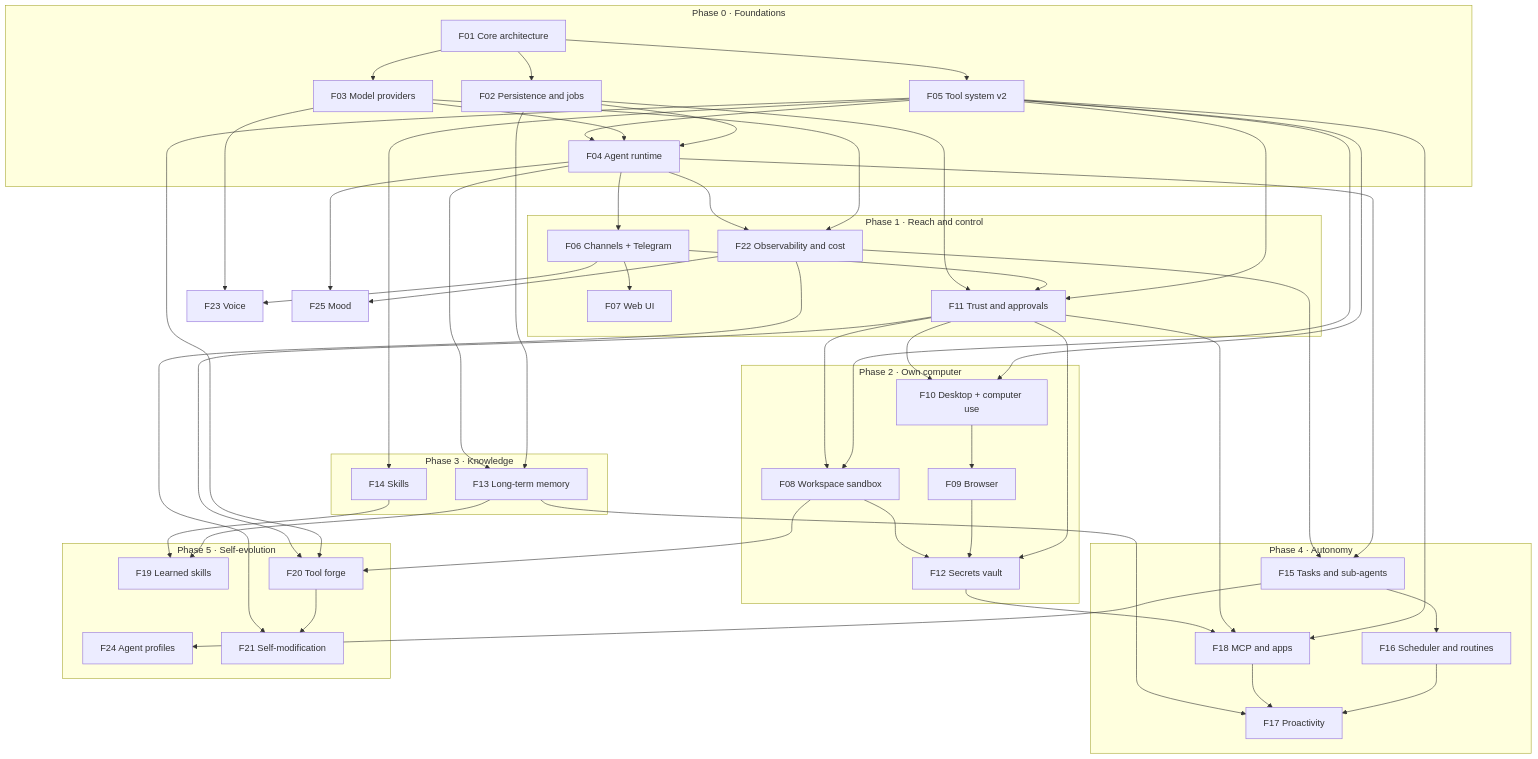
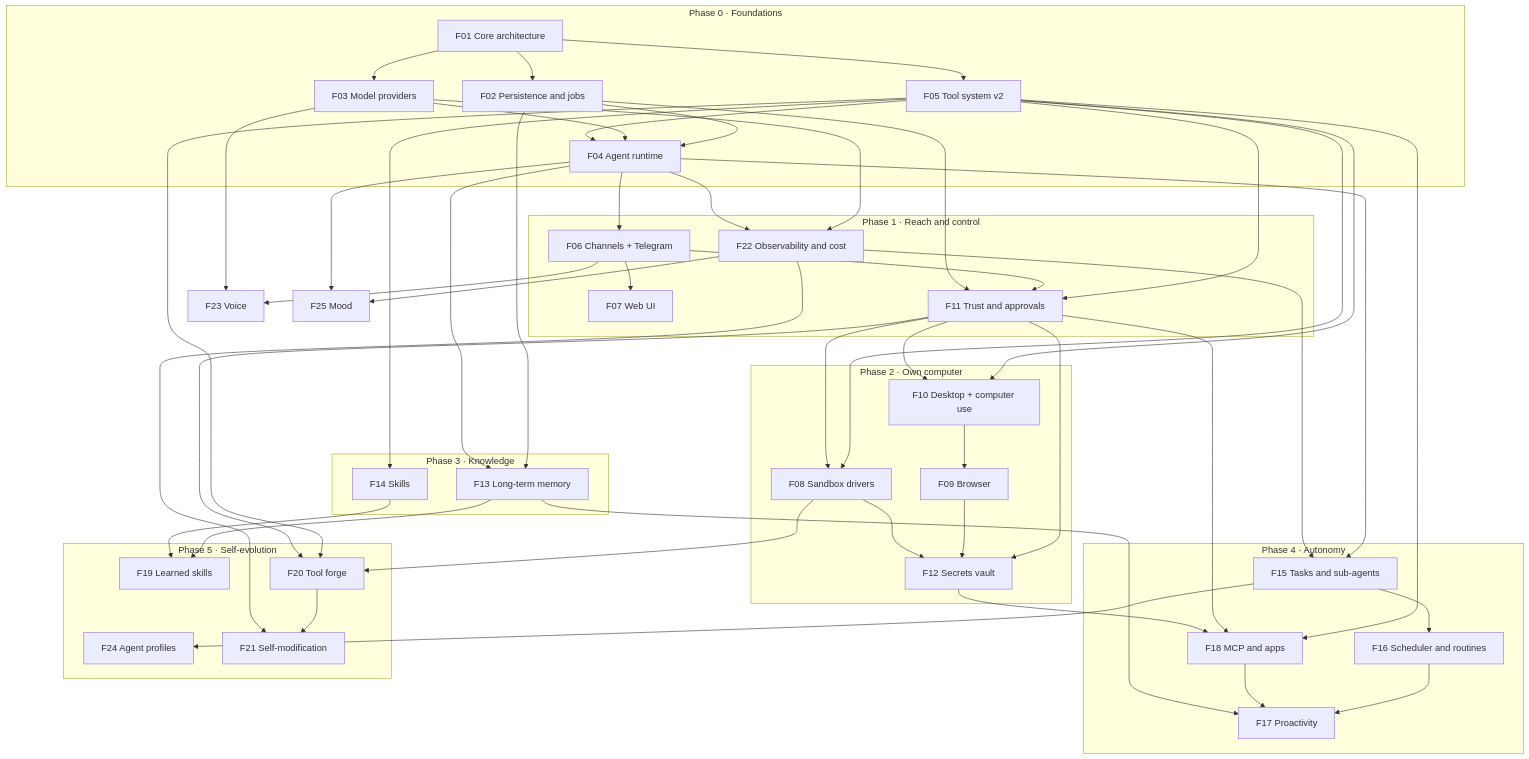
The diagram in docs/03-feature-overview.md (ggiraudon/shitsuji), drawn with Mermaid before and after one commit. The commit also changed other lines of this file and 6 other files, not shown here.

First line of the commit message:
F08: Design sandbox drivers and one sandbox container (W1-W6)

````diff
--- a/docs/03-feature-overview.md
+++ b/docs/03-feature-overview.md
@@ -81,62 +81,62 @@
 ```mermaid
 flowchart TD
   subgraph P0[Phase 0 · Foundations]
     F01[F01 Core architecture]
     F02[F02 Persistence and jobs]
     F03[F03 Model providers]
     F05[F05 Tool system v2]
     F04[F04 Agent runtime]
   end
   subgraph P1[Phase 1 · Reach and control]
     F06[F06 Channels + Telegram]
     F07[F07 Web UI]
     F22[F22 Observability and cost]
     F11[F11 Trust and approvals]
   end
   subgraph P2[Phase 2 · Own computer]
-    F08[F08 Workspace sandbox]
+    F08[F08 Sandbox drivers]
     F10[F10 Desktop + computer use]
     F09[F09 Browser]
     F12[F12 Secrets vault]
   end
   subgraph P3[Phase 3 · Knowledge]
     F13[F13 Long-term memory]
     F14[F14 Skills]
   end
   subgraph P4[Phase 4 · Autonomy]
     F15[F15 Tasks and sub-agents]
     F16[F16 Scheduler and routines]
     F18[F18 MCP and apps]
     F17[F17 Proactivity]
   end
   subgraph P5[Phase 5 · Self-evolution]
     F19[F19 Learned skills]
     F20[F20 Tool forge]
     F24[F24 Agent profiles]
     F21[F21 Self-modification]
   end
   F23[F23 Voice]
   F25[F25 Mood]
 
   F01 --> F02 & F03 & F05
   F02 & F03 & F05 --> F04
   F04 --> F06 --> F07
   F03 & F04 --> F22
   F05 & F06 & F02 --> F11
   F05 & F11 --> F08
   F05 & F11 --> F10
   F10 --> F09
   F11 & F09 & F08 --> F12
   F02 & F04 --> F13
   F05 --> F14
   F04 & F22 --> F15
   F15 --> F16
   F05 & F11 & F12 --> F18
   F16 & F18 & F13 --> F17
   F13 & F14 --> F19
   F05 & F08 & F11 --> F20
   F15 --> F24
   F20 & F22 --> F21
   F06 & F03 --> F23
   F04 & F22 --> F25
 ```
````
